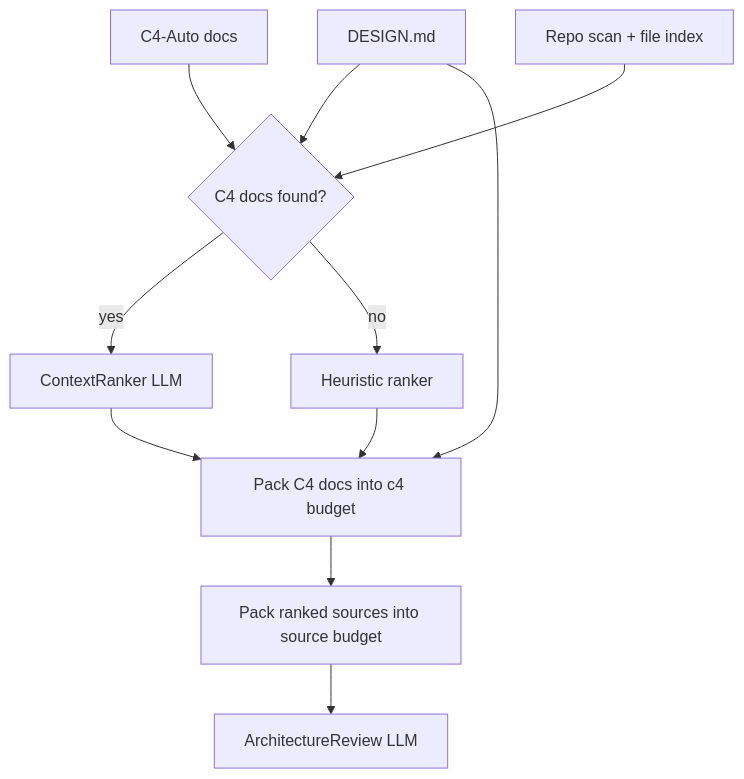
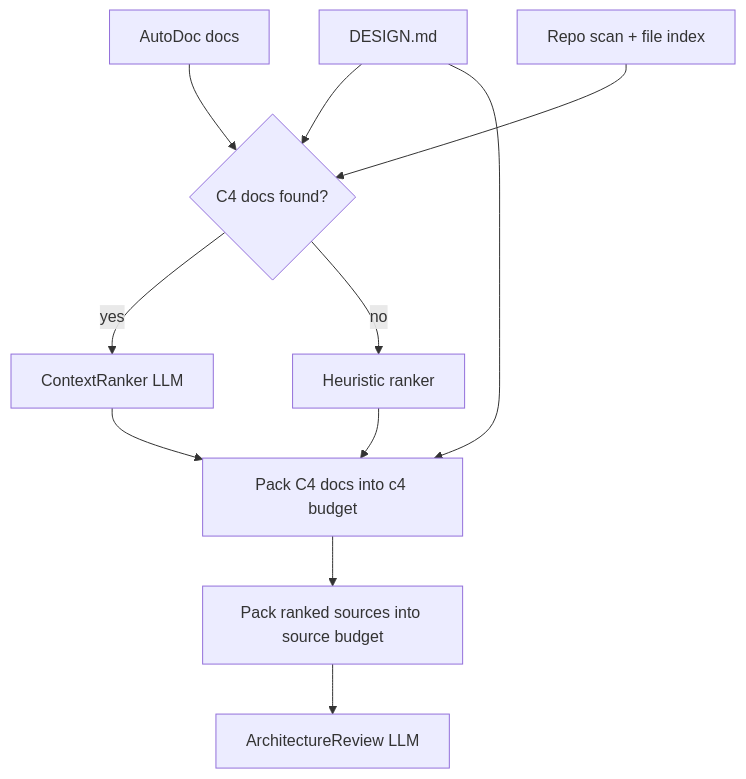
One commit to jonverrier/GuardDog changed the diagram in README.md. Above: the diagram before and after it, drawn with Mermaid. The commit also changed other lines of this file and 4 other files, not shown here.

````diff
--- a/README.md
+++ b/README.md
@@ -63,23 +63,23 @@
 ```mermaid
 flowchart TD
    design[DESIGN.md]
-   c4[C4-Auto docs]
+   c4[AutoDoc docs]
    scan[Repo scan + file index]
    rank{C4 docs found?}
    llmRank[ContextRanker LLM]
    heuristic[Heuristic ranker]
    packC4[Pack C4 docs into c4 budget]
    packSrc[Pack ranked sources into source budget]
    review[ArchitectureReview LLM]
 
    design --> rank
    c4 --> rank
    scan --> rank
    rank -->|yes| llmRank
    rank -->|no| heuristic
    llmRank --> packC4
    heuristic --> packC4
    design --> packC4
    packC4 --> packSrc
    packSrc --> review
 ```
````
